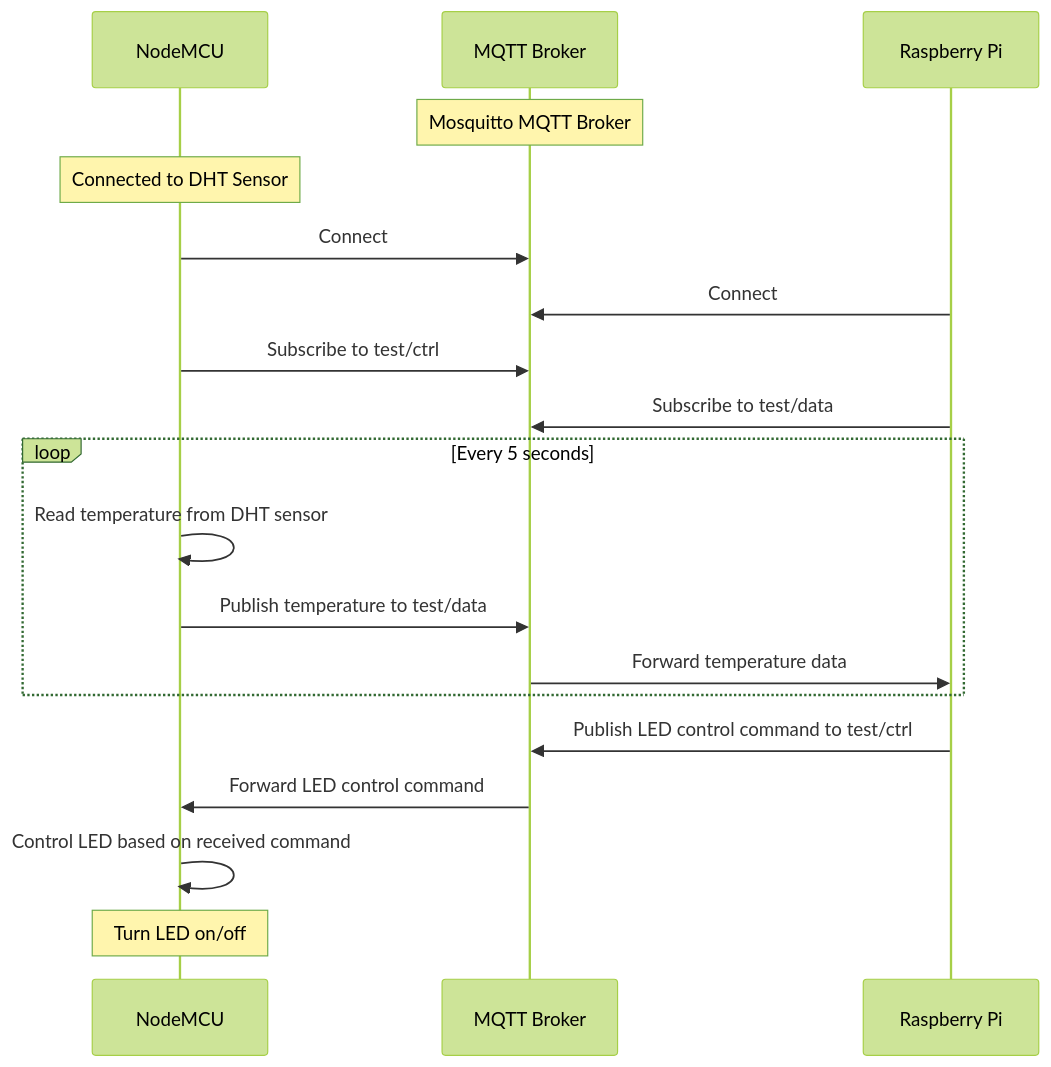
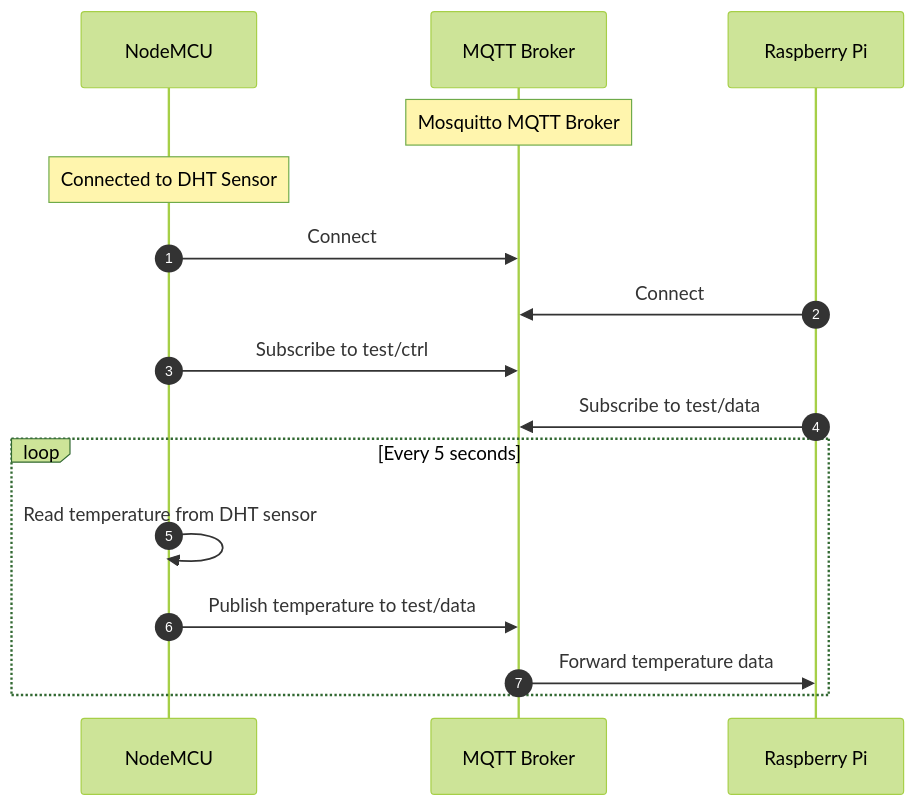
One commit to tasnimzotder/portfolio changed the first of 2 diagrams in src/content/13.mqtt-communication-between-nodemcu-and-rpi.mdx. Above: the diagram before and after it, drawn with Mermaid (forest theme). The commit also changed other lines of this file and 18 other files, not shown here.

````diff
--- a/src/content/13.mqtt-communication-between-nodemcu-and-rpi.mdx
+++ b/src/content/13.mqtt-communication-between-nodemcu-and-rpi.mdx
@@ -27,26 +29,22 @@
 ```mermaid
 sequenceDiagram
+    autonumber
+
     participant NodeMCU
     participant MQTT Broker
     participant Raspberry Pi
 
     Note over MQTT Broker: Mosquitto MQTT Broker
     Note over NodeMCU: Connected to DHT Sensor
 
     NodeMCU->>MQTT Broker: Connect
     Raspberry Pi->>MQTT Broker: Connect
     NodeMCU->>MQTT Broker: Subscribe to test/ctrl
     Raspberry Pi->>MQTT Broker: Subscribe to test/data
 
     loop Every 5 seconds
         NodeMCU->>NodeMCU: Read temperature from DHT sensor
         NodeMCU->>MQTT Broker: Publish temperature to test/data
         MQTT Broker->>Raspberry Pi: Forward temperature data
     end
-
-    Raspberry Pi->>MQTT Broker: Publish LED control command to test/ctrl
-    MQTT Broker->>NodeMCU: Forward LED control command
-    NodeMCU->>NodeMCU: Control LED based on received command
-
-    Note over NodeMCU: Turn LED on/off
 ```
````
